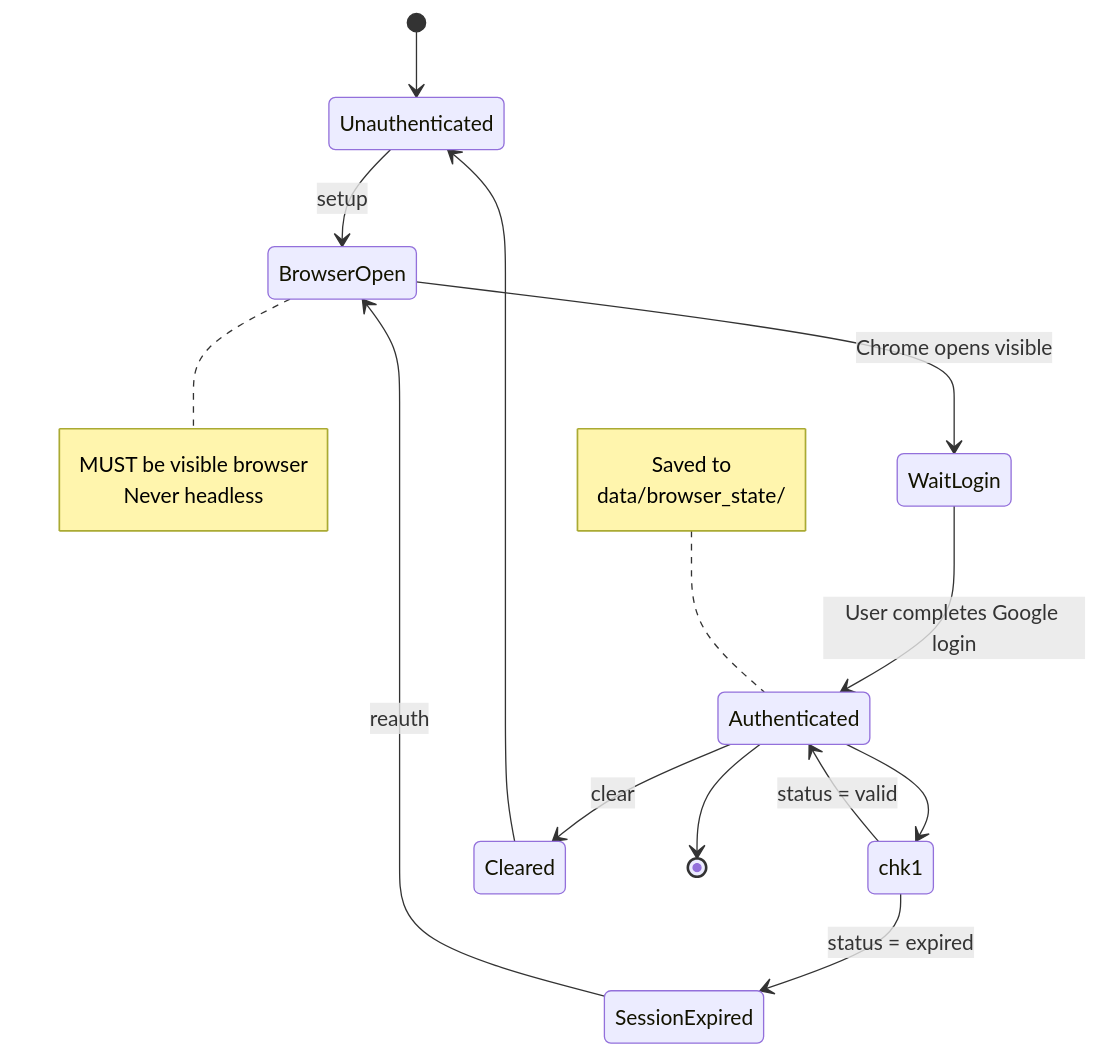
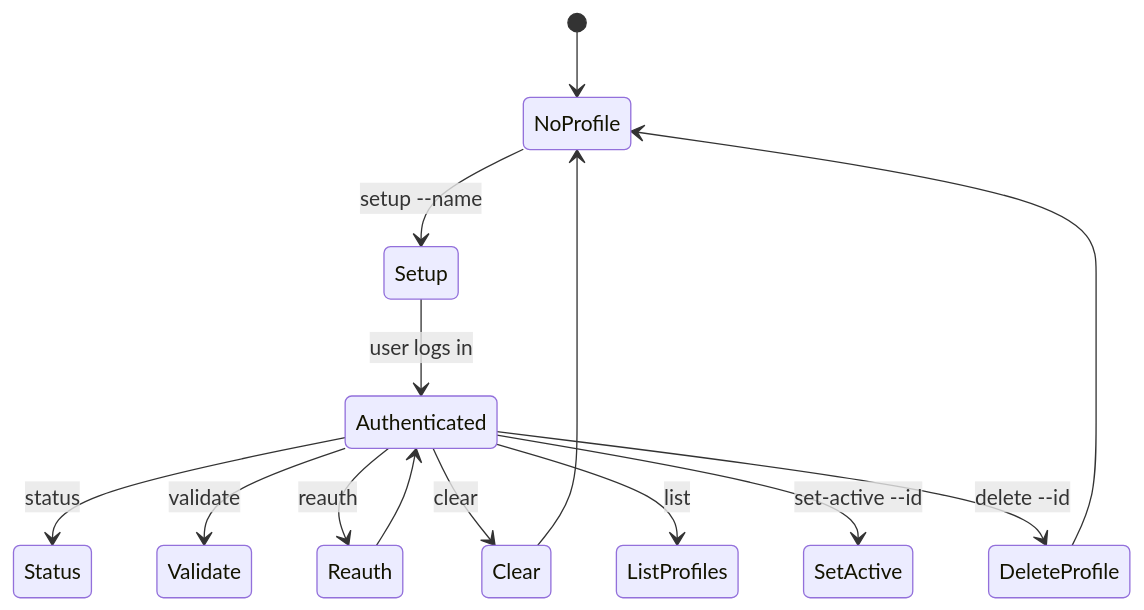
One commit to khengyun/notebooklm-experts-skill changed the second of 5 diagrams in references/api-reference.md. Above: the diagram before and after it, drawn with Mermaid. The commit also changed other lines of this file and 23 other files, not shown here.

````diff
--- a/references/api-reference.md
+++ b/references/api-reference.md
@@ -25,30 +29,19 @@
 ```mermaid
 stateDiagram-v2
-    [*] --> Unauthenticated
+    [*] --> NoProfile
 
-    Unauthenticated --> BrowserOpen: setup
-    BrowserOpen --> WaitLogin: Chrome opens visible
-    WaitLogin --> Authenticated: User completes Google login
+    NoProfile --> Setup: setup --name
+    Setup --> Authenticated: user logs in
 
-    Authenticated --> chk1
-    state chk1 <<choice>>
-    chk1 --> Authenticated: status = valid
-    chk1 --> SessionExpired: status = expired
+    Authenticated --> Status: status
+    Authenticated --> Validate: validate
+    Authenticated --> Reauth: reauth
+    Authenticated --> Clear: clear
+    Authenticated --> ListProfiles: list
+    Authenticated --> SetActive: set-active --id
+    Authenticated --> DeleteProfile: delete --id
 
-    SessionExpired --> BrowserOpen: reauth
-
-    Authenticated --> Cleared: clear
-    Cleared --> Unauthenticated
-
-    Authenticated --> [*]
-
-    note right of BrowserOpen
-        MUST be visible browser
-        Never headless
-    end note
-
-    note left of Authenticated
-        Saved to
-        data/browser_state/
-    end note
+    Clear --> NoProfile
+    DeleteProfile --> NoProfile
+    Reauth --> Authenticated
 ```
````
